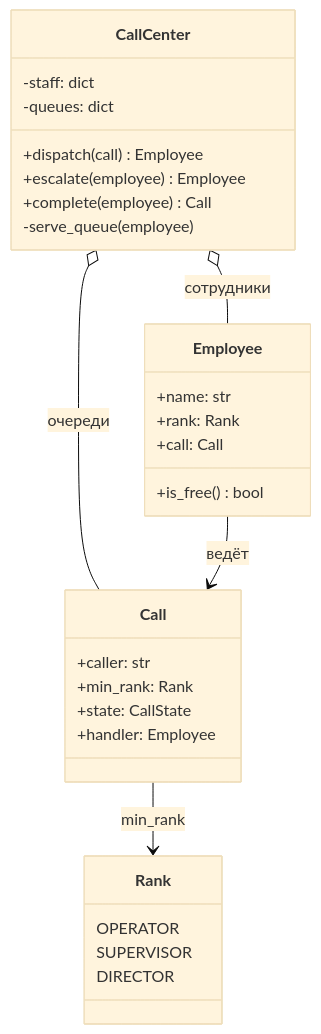
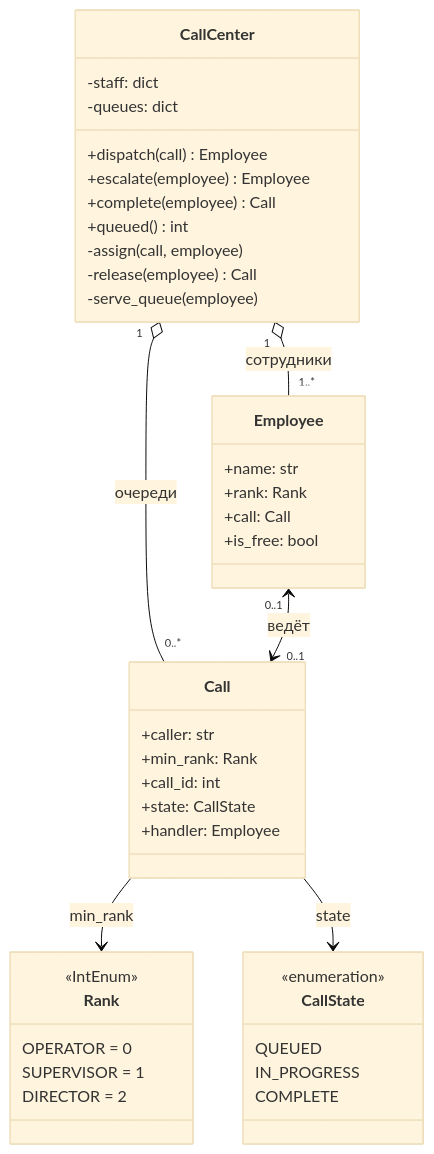
Before and after one commit to butyavk/system-design: the diagram in src/content/docs/ru/ood/call-center.mdx, drawn with Mermaid (base theme). The commit also changed 144 other files, not shown here.

````diff
--- a/src/content/docs/ru/ood/call-center.mdx
+++ b/src/content/docs/ru/ood/call-center.mdx
@@ -35,32 +35,44 @@
 ```mermaid
 classDiagram
   class CallCenter {
     -staff: dict
     -queues: dict
     +dispatch(call) Employee
     +escalate(employee) Employee
     +complete(employee) Call
+    +queued() int
+    -assign(call, employee)
+    -release(employee) Call
     -serve_queue(employee)
   }
   class Employee {
     +name: str
     +rank: Rank
     +call: Call
-    +is_free() bool
+    +is_free: bool
   }
   class Call {
     +caller: str
     +min_rank: Rank
+    +call_id: int
     +state: CallState
     +handler: Employee
   }
   class Rank {
-    OPERATOR
-    SUPERVISOR
-    DIRECTOR
+    <<IntEnum>>
+    OPERATOR = 0
+    SUPERVISOR = 1
+    DIRECTOR = 2
   }
-  CallCenter o-- Employee : сотрудники
-  CallCenter o-- Call : очереди
-  Employee --> Call : ведёт
+  class CallState {
+    <<enumeration>>
+    QUEUED
+    IN_PROGRESS
+    COMPLETE
+  }
+  CallCenter "1" o-- "1..*" Employee : сотрудники
+  CallCenter "1" o-- "0..*" Call : очереди
+  Employee "0..1" <--> "0..1" Call : ведёт
   Call --> Rank : min_rank
+  Call --> CallState : state
 ```
````
